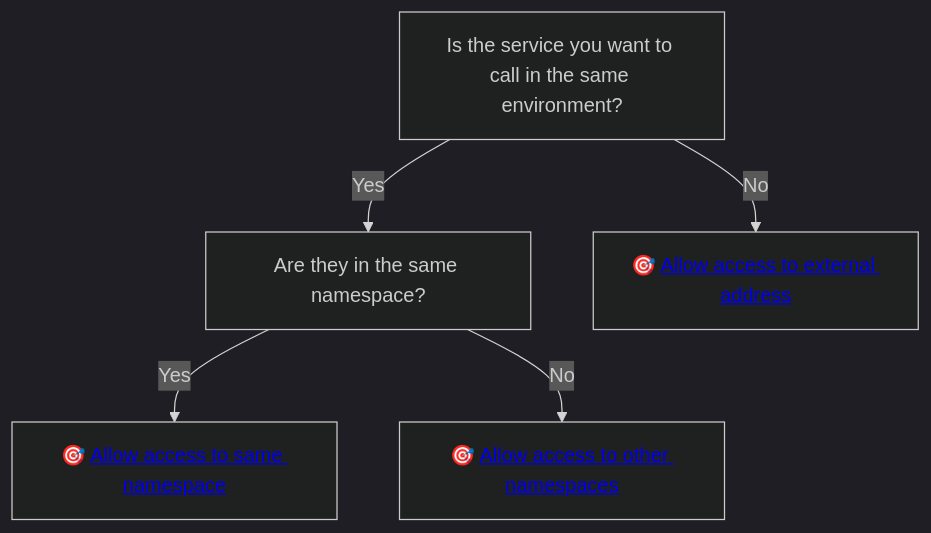
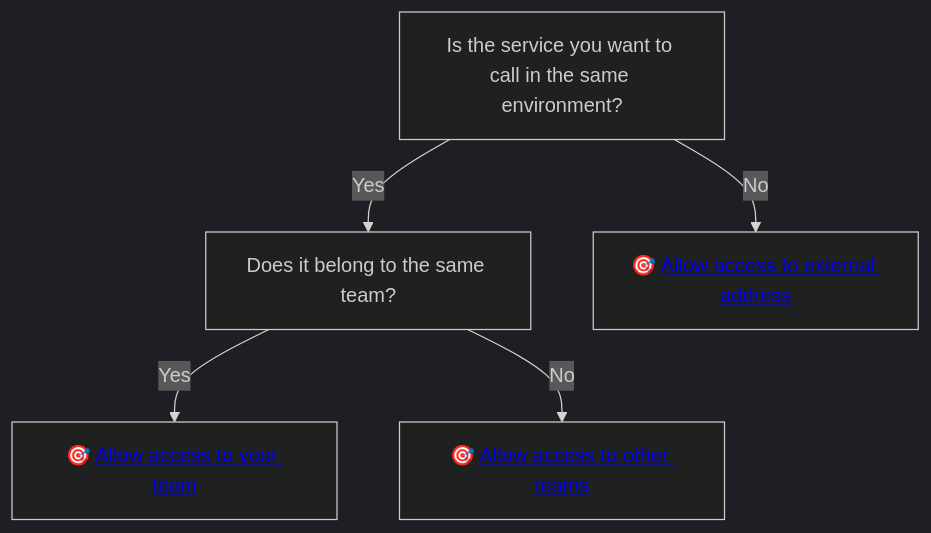
Before and after one commit to nais/doc: the second of 2 diagrams in docs/workloads/explanations/zero-trust.md, drawn with Mermaid (dark theme). The commit also changed other lines of this file and 8 other files, not shown here.

````diff
--- a/docs/workloads/explanations/zero-trust.md
+++ b/docs/workloads/explanations/zero-trust.md
@@ -45,8 +45,8 @@
 ```mermaid
 graph TD
   A[Is the service you want to call in the same environment?]
-  A --> |Yes| B[Are they in the same namespace?]
+  A --> |Yes| B[Does it belong to the same team?]
   A --> |No| Internet[🎯 <a href='../../how-to/access-policies#send-requests-to-external-addresses'>Allow access to external address</a>]
-  B --> |Yes| InternalSameNS[🎯 <a href='../../how-to/access-policies#send-requests-to-another-app-in-the-same-namespace'>Allow access to same namespace</a>]
-  B --> |No| InternalOtherNS[🎯 <a href='../../how-to/access-policies#send-requests-to-other-app-in-another-namespace'>Allow access to other namespaces</a>]
+  B --> |Yes| InternalSameTeam[🎯 <a href='../../how-to/access-policies#send-requests-to-another-app-in-the-same-team'>Allow access to your team</a>]
+  B --> |No| InternalOtherTeam[🎯 <a href='../../how-to/access-policies#send-requests-to-an-app-in-another-team'>Allow access to other teams</a>]
 ```
````
